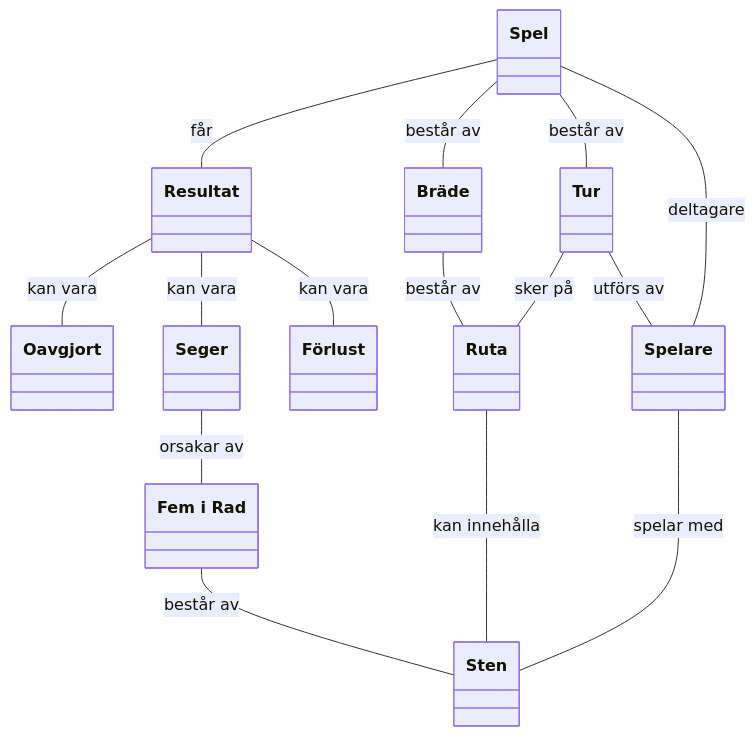
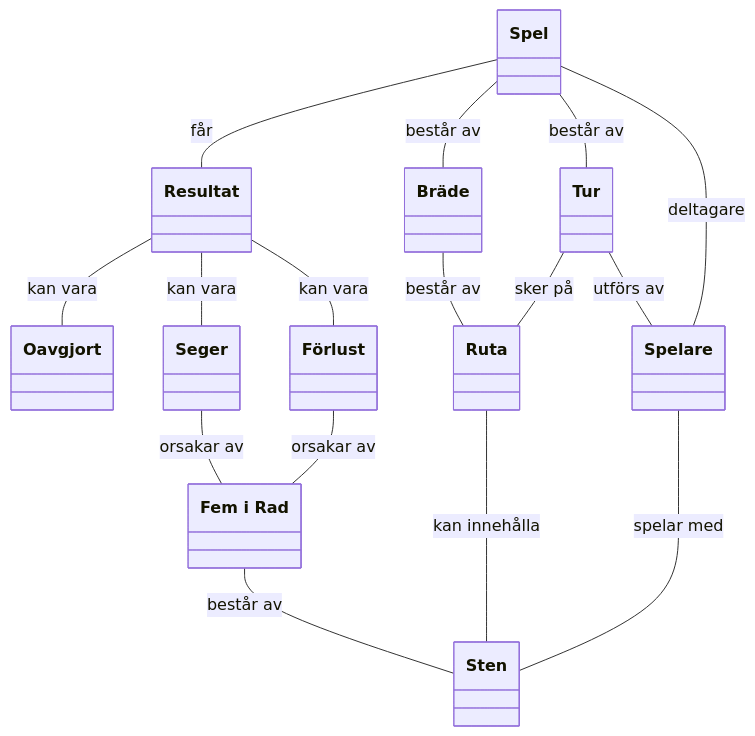
One commit to Wahlbin/gomokukravgrupp1 changed the diagram in docs/requirements/05-begreppsmodell.md. Above: the diagram before and after it, drawn with Mermaid.

Commit message:
changing layout to begreppsmodellen v6

````diff
--- a/docs/requirements/05-begreppsmodell.md
+++ b/docs/requirements/05-begreppsmodell.md
@@ -5,55 +5,56 @@
 ```mermaid
 classDiagram
     direction TB
 
     class Spel {
     }
 
     class Resultat {
     }
 
     class Spelare {
     }
 
     class Bräde {
     }
 
     class Ruta {
     }
 
     class Sten {
     }
 
     class Tur {
     }
 
     class Seger {
     }
 
     class Förlust {
     }
 
     class Oavgjort {
     }
 
 
     class 5iRad["Fem i Rad"] {
     }
 
    
 
     Spel -- Resultat : får
     Spel -- Bräde : består av
     Spel -- Tur : består av
     Bräde -- Ruta : består av
     Ruta -- Sten : kan innehålla
     Tur -- Ruta : sker på
     Tur -- Spelare : utförs av
     Resultat -- Oavgjort : kan vara
     Resultat -- Seger : kan vara
     Resultat -- Förlust :kan vara
     Seger -- 5iRad : orsakar av
+    Förlust -- 5iRad : orsakar av
     5iRad -- Sten : består av
     Spel -- Spelare : deltagare
     Spelare -- Sten : spelar med
 ```
````
